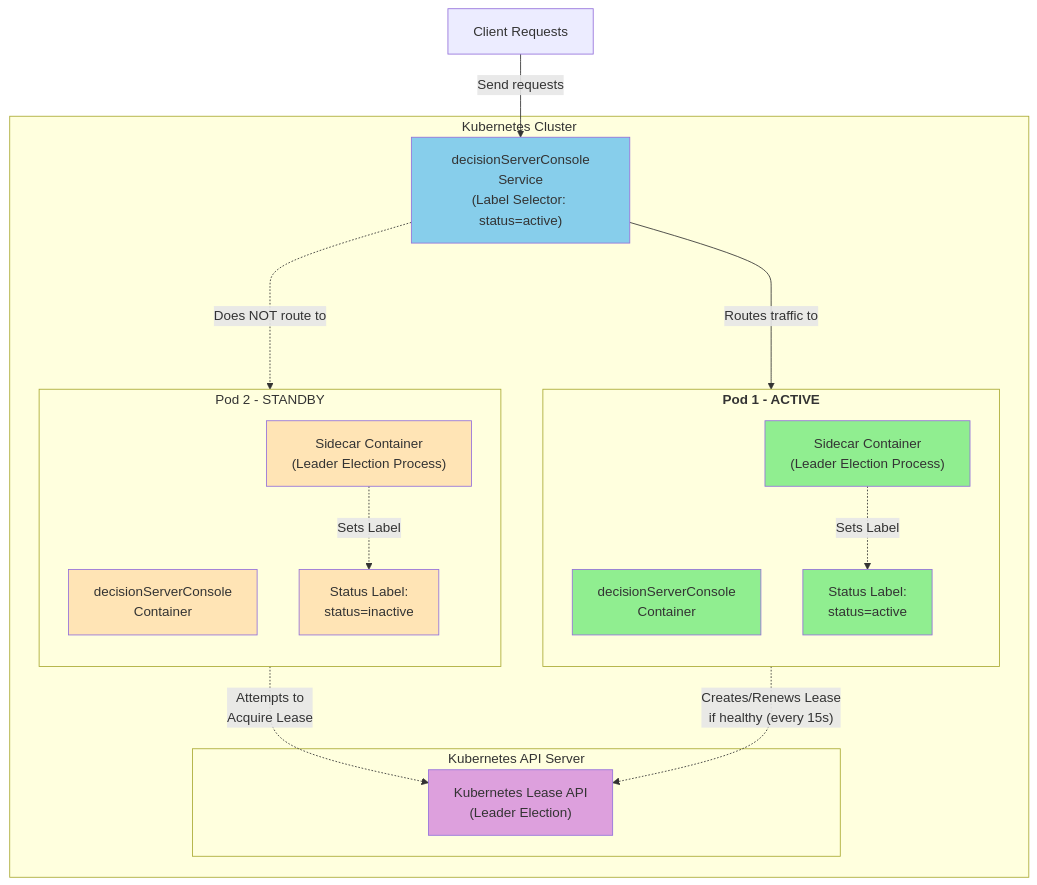
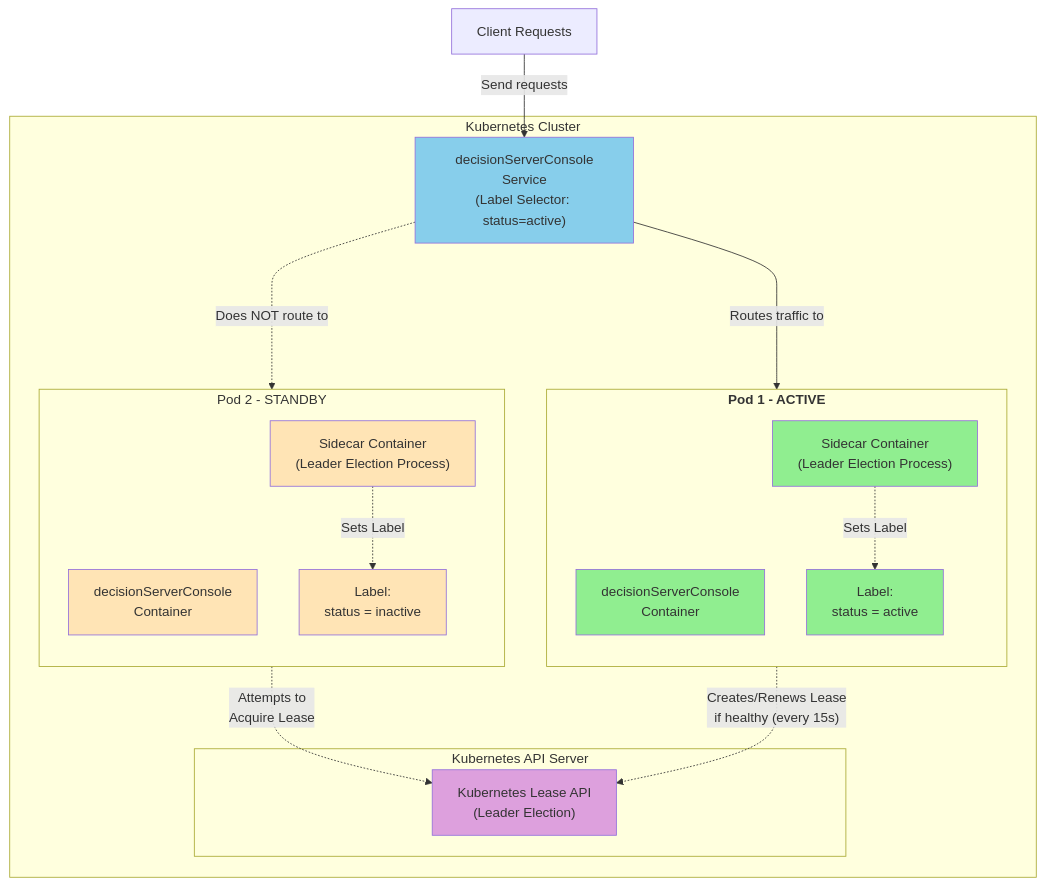
The diagram in contrib/HA-res-console/README.md (DecisionsDev/odm-docker-kubernetes), drawn with Mermaid before and after one commit.

````diff
--- a/contrib/HA-res-console/README.md
+++ b/contrib/HA-res-console/README.md
@@ -16,43 +16,43 @@
 ```mermaid
 graph TB
     subgraph "Kubernetes Cluster"
         subgraph "Kubernetes API Server"
             LeaseAPI["Kubernetes Lease API<br/>(Leader Election)"]
         end
         
         subgraph "<b>Pod 1 - ACTIVE</b>"
             direction TB
             DC1["decisionServerConsole<br/>Container"]
             SC1["Sidecar Container<br/>(Leader Election Process)"]
-            Label1["Status Label:<br/>status=active"]
+            Label1["Label:<br/>status = active"]
         end
         
         subgraph "Pod 2 - STANDBY"
             direction TB
             DC2["decisionServerConsole<br/>Container"]
             SC2["Sidecar Container<br/>(Leader Election Process)"]
-            Label2["Status Label:<br/>status=inactive"]
+            Label2["Label:<br/>status = inactive"]
         end
         
         SC1 -.->|"Sets Label"| Label1
         SC1 -.->|"Creates/Renews Lease<br/>if healthy (every 15s)"| LeaseAPI
         SC2 -.->|"Attempts to<br/>Acquire Lease"| LeaseAPI
         SC2 -.->|"Sets Label"| Label2
         
         Service["decisionServerConsole<br/>Service<br/>(Label Selector: status=active)"]
         
         Service ---->|"Routes traffic to"| DC1
         Service -.->|"Does NOT route to"| DC2
     end
     
     Client["Client Requests"] -->|"Send requests"| Service
     
     style DC1 fill:#90EE90
     style SC1 fill:#90EE90
     style Label1 fill:#90EE90
     style DC2 fill:#FFE4B5
     style SC2 fill:#FFE4B5
     style Label2 fill:#FFE4B5
     style Service fill:#87CEEB
     style LeaseAPI fill:#DDA0DD
 ```
````
